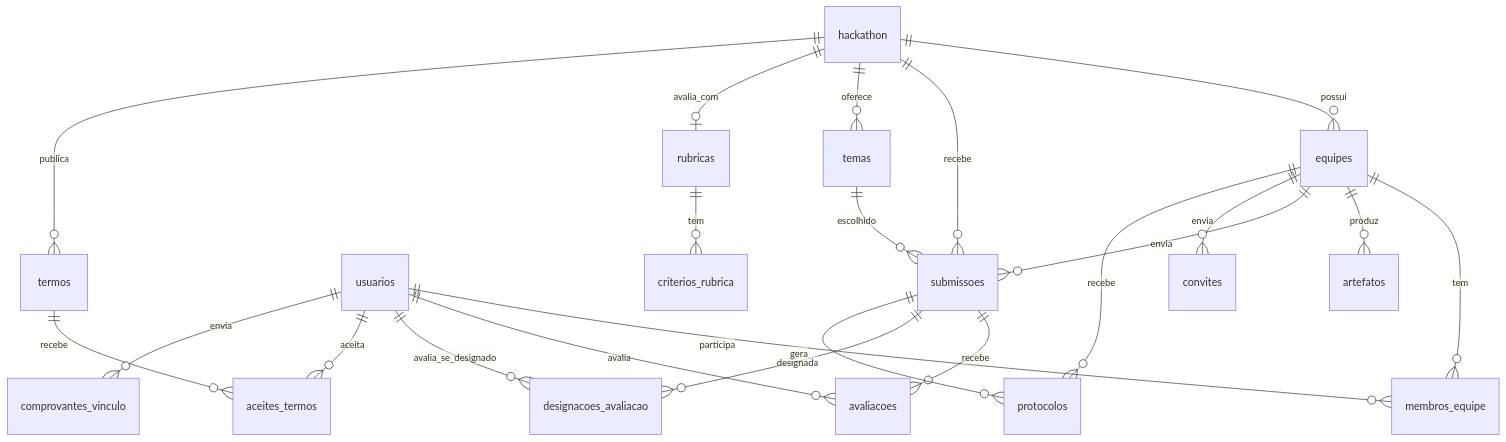
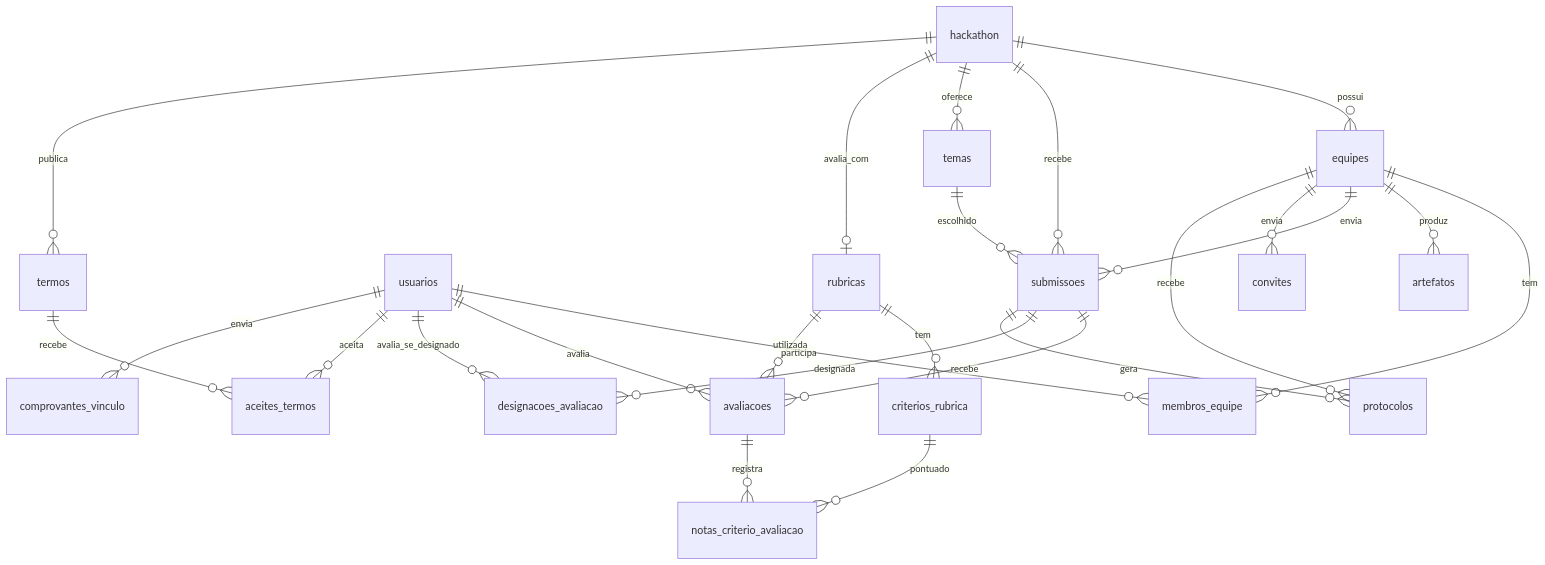
Before and after one commit to Hackathon-UFPA/hackathon_backend: the diagram in docs/banco-de-dados.md, drawn with Mermaid. The commit also changed other lines of this file and 19 other files, not shown here.

````diff
--- a/docs/banco-de-dados.md
+++ b/docs/banco-de-dados.md
@@ -7,24 +7,27 @@
 ```mermaid
 erDiagram
     hackathon ||--o{ equipes : possui
     hackathon ||--o{ submissoes : recebe
     equipes ||--o{ membros_equipe : tem
     usuarios ||--o{ membros_equipe : participa
     equipes ||--o{ artefatos : produz
     equipes ||--o{ submissoes : envia
     submissoes ||--o{ avaliacoes : recebe
     usuarios ||--o{ avaliacoes : avalia
     submissoes ||--o{ designacoes_avaliacao : designada
     usuarios ||--o{ designacoes_avaliacao : avalia_se_designado
     hackathon ||--o{ temas : oferece
     temas ||--o{ submissoes : escolhido
     hackathon ||--o| rubricas : avalia_com
     rubricas ||--o{ criterios_rubrica : tem
+    rubricas ||--o{ avaliacoes : utilizada
+    avaliacoes ||--o{ notas_criterio_avaliacao : registra
+    criterios_rubrica ||--o{ notas_criterio_avaliacao : pontuado
     equipes ||--o{ convites : envia
     hackathon ||--o{ termos : publica
     termos ||--o{ aceites_termos : recebe
     usuarios ||--o{ aceites_termos : aceita
     usuarios ||--o{ comprovantes_vinculo : envia
     equipes ||--o{ protocolos : recebe
     submissoes ||--o{ protocolos : gera
 ```
````
